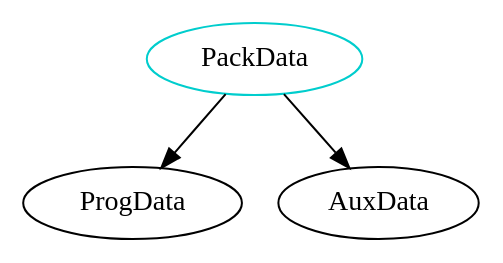
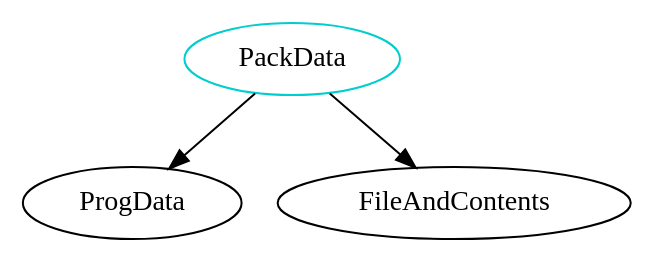
Before and after one commit to JacquesCarette/Drasil: the diagram in analysis/TypeDependencyGraphs/code/PackData.dot, drawn with Graphviz. The commit also changed 172 other files, not shown here.

```diff
--- a/analysis/TypeDependencyGraphs/code/PackData.dot
+++ b/analysis/TypeDependencyGraphs/code/PackData.dot
@@ -1,5 +1,5 @@
 digraph packdata{
 PackData	[shape=oval, color=cyan3, label="PackData"];
 PackData -> ProgData;
-PackData -> AuxData;
+PackData -> FileAndContents;
 }
```
